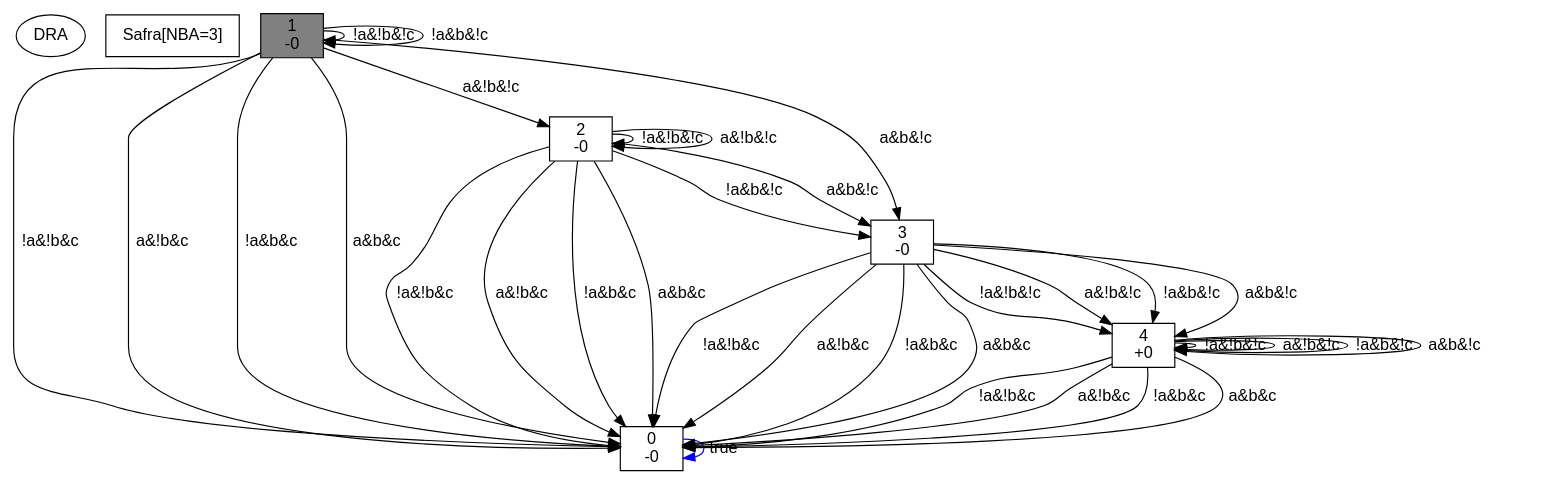
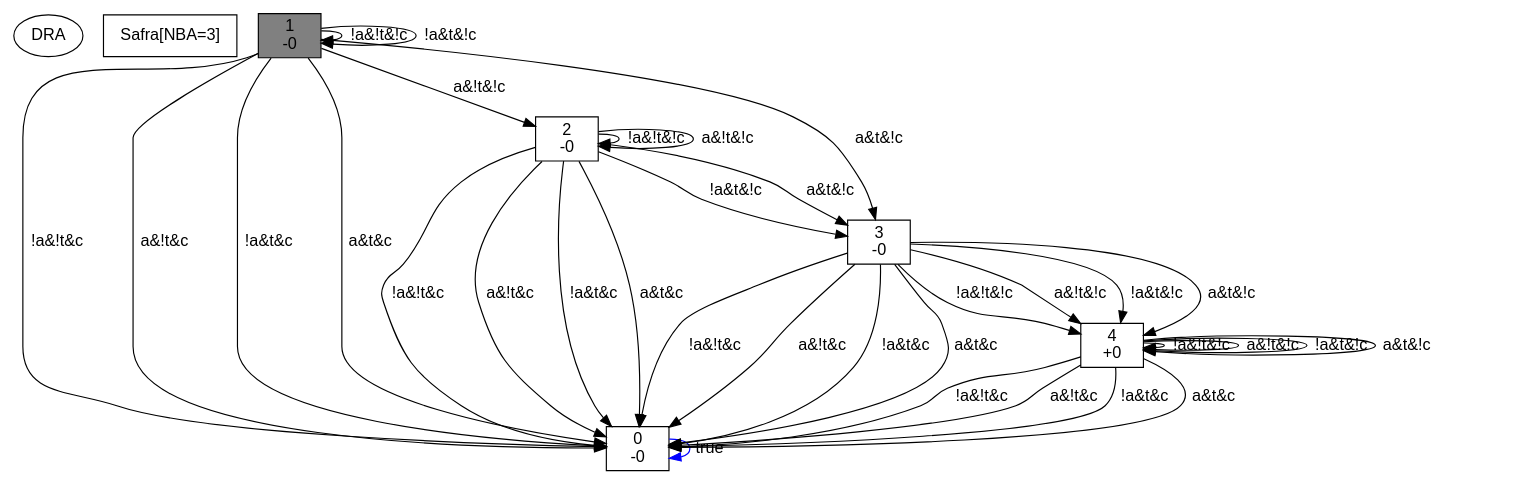
Before and after one commit to gaoqitong/DRA_Guide_Planning: the diagram in my.dot, drawn with Graphviz. The commit also changed 22 other files, not shown here.

```diff
--- a/my.dot
+++ b/my.dot
@@ -1,44 +1,44 @@
 digraph DRA {
  node [fontname=Helvetica]
  edge [constraints=false, fontname=Helvetica]
 "type" [shape=ellipse, label="DRA"]
 "comment" [shape=box, label="Safra[NBA=3]"]
 "0" [label= "0\n -0", shape=box]
 "0" -> "0" [label=" true", color=blue]
 "1" [label= "1\n -0", shape=box, style=filled, color=black, fillcolor=grey]
-"1" -> "1" [label=" !a&!b&!c"]
-"1" -> "2" [label=" a&!b&!c"]
-"1" -> "1" [label=" !a&b&!c"]
-"1" -> "3" [label=" a&b&!c"]
-"1" -> "0" [label=" !a&!b&c"]
-"1" -> "0" [label=" a&!b&c"]
-"1" -> "0" [label=" !a&b&c"]
-"1" -> "0" [label=" a&b&c"]
+"1" -> "1" [label=" !a&!t&!c"]
+"1" -> "2" [label=" a&!t&!c"]
+"1" -> "1" [label=" !a&t&!c"]
+"1" -> "3" [label=" a&t&!c"]
+"1" -> "0" [label=" !a&!t&c"]
+"1" -> "0" [label=" a&!t&c"]
+"1" -> "0" [label=" !a&t&c"]
+"1" -> "0" [label=" a&t&c"]
 "2" [label= "2\n -0", shape=box]
-"2" -> "2" [label=" !a&!b&!c"]
-"2" -> "2" [label=" a&!b&!c"]
-"2" -> "3" [label=" !a&b&!c"]
-"2" -> "3" [label=" a&b&!c"]
-"2" -> "0" [label=" !a&!b&c"]
-"2" -> "0" [label=" a&!b&c"]
-"2" -> "0" [label=" !a&b&c"]
-"2" -> "0" [label=" a&b&c"]
+"2" -> "2" [label=" !a&!t&!c"]
+"2" -> "2" [label=" a&!t&!c"]
+"2" -> "3" [label=" !a&t&!c"]
+"2" -> "3" [label=" a&t&!c"]
+"2" -> "0" [label=" !a&!t&c"]
+"2" -> "0" [label=" a&!t&c"]
+"2" -> "0" [label=" !a&t&c"]
+"2" -> "0" [label=" a&t&c"]
 "3" [label= "3\n -0", shape=box]
-"3" -> "4" [label=" !a&!b&!c"]
-"3" -> "4" [label=" a&!b&!c"]
-"3" -> "4" [label=" !a&b&!c"]
-"3" -> "4" [label=" a&b&!c"]
-"3" -> "0" [label=" !a&!b&c"]
-"3" -> "0" [label=" a&!b&c"]
-"3" -> "0" [label=" !a&b&c"]
-"3" -> "0" [label=" a&b&c"]
+"3" -> "4" [label=" !a&!t&!c"]
+"3" -> "4" [label=" a&!t&!c"]
+"3" -> "4" [label=" !a&t&!c"]
+"3" -> "4" [label=" a&t&!c"]
+"3" -> "0" [label=" !a&!t&c"]
+"3" -> "0" [label=" a&!t&c"]
+"3" -> "0" [label=" !a&t&c"]
+"3" -> "0" [label=" a&t&c"]
 "4" [label= "4\n +0", shape=box]
-"4" -> "4" [label=" !a&!b&!c"]
-"4" -> "4" [label=" a&!b&!c"]
-"4" -> "4" [label=" !a&b&!c"]
-"4" -> "4" [label=" a&b&!c"]
-"4" -> "0" [label=" !a&!b&c"]
-"4" -> "0" [label=" a&!b&c"]
-"4" -> "0" [label=" !a&b&c"]
-"4" -> "0" [label=" a&b&c"]
+"4" -> "4" [label=" !a&!t&!c"]
+"4" -> "4" [label=" a&!t&!c"]
+"4" -> "4" [label=" !a&t&!c"]
+"4" -> "4" [label=" a&t&!c"]
+"4" -> "0" [label=" !a&!t&c"]
+"4" -> "0" [label=" a&!t&c"]
+"4" -> "0" [label=" !a&t&c"]
+"4" -> "0" [label=" a&t&c"]
 }
```
